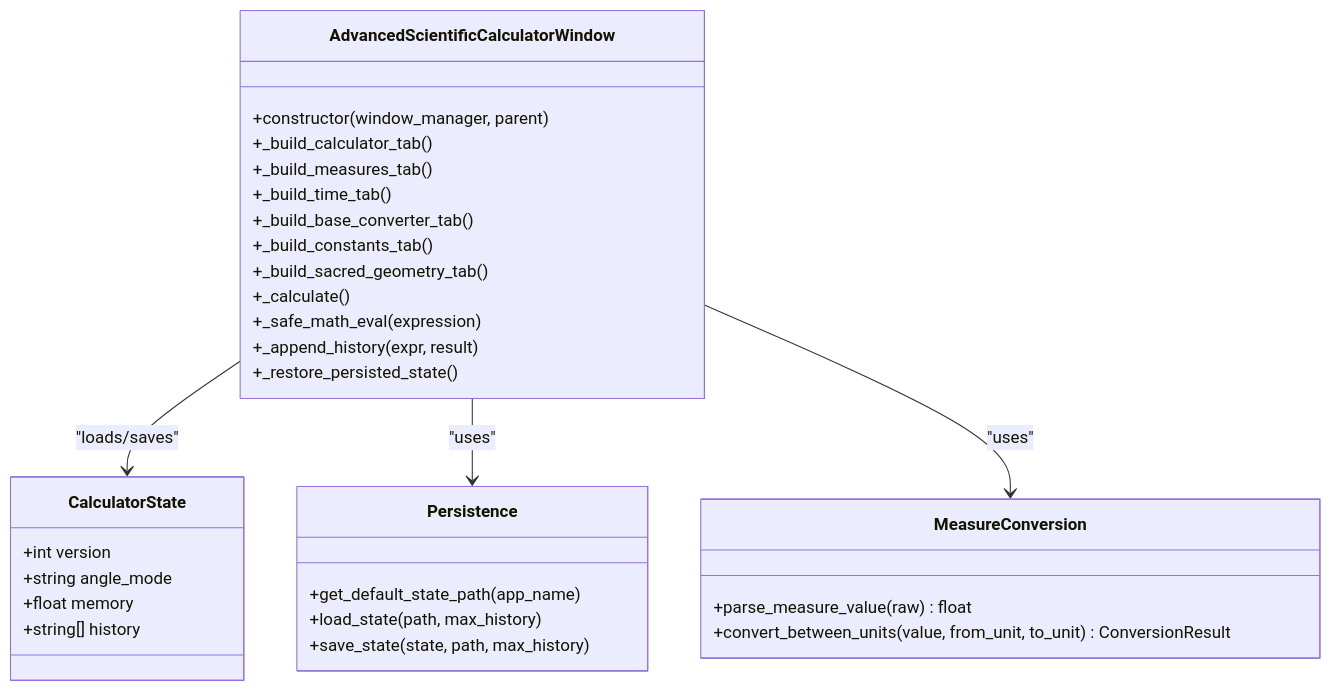
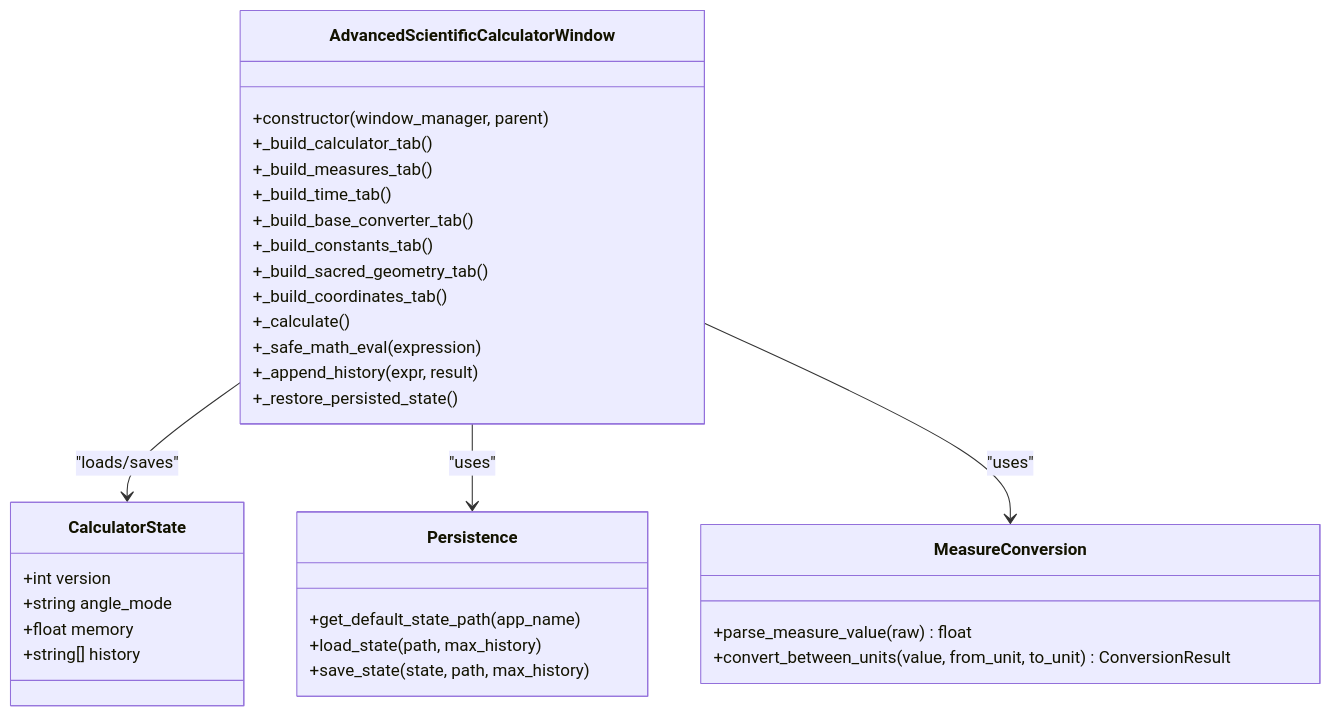
The second of 6 diagrams in .qoder/repowiki/en/content/Architecture Overview/Pillar-Based Architecture/Geometry Pillar/Advanced Scientific Calculator.md (TheDaniel166/IsopGem), drawn with Mermaid before and after one commit. The commit also changed other lines of this file and 44 other files, not shown here.

````diff
--- a/.qoder/repowiki/en/content/Architecture Overview/Pillar-Based Architecture/Geometry Pillar/Advanced Scientific Calculator.md
+++ b/.qoder/repowiki/en/content/Architecture Overview/Pillar-Based Architecture/Geometry Pillar/Advanced Scientific Calculator.md
@@ -87,34 +110,35 @@
 ```mermaid
 classDiagram
 class AdvancedScientificCalculatorWindow {
 +constructor(window_manager, parent)
 +_build_calculator_tab()
 +_build_measures_tab()
 +_build_time_tab()
 +_build_base_converter_tab()
 +_build_constants_tab()
 +_build_sacred_geometry_tab()
++_build_coordinates_tab()
 +_calculate()
 +_safe_math_eval(expression)
 +_append_history(expr, result)
 +_restore_persisted_state()
 }
 class CalculatorState {
 +int version
 +string angle_mode
 +float memory
 +string[] history
 }
 class Persistence {
 +get_default_state_path(app_name)
 +load_state(path, max_history)
 +save_state(state, path, max_history)
 }
 class MeasureConversion {
 +parse_measure_value(raw) float
 +convert_between_units(value, from_unit, to_unit) ConversionResult
 }
 AdvancedScientificCalculatorWindow --> CalculatorState : "loads/saves"
 AdvancedScientificCalculatorWindow --> Persistence : "uses"
 AdvancedScientificCalculatorWindow --> MeasureConversion : "uses"
 ```
````
